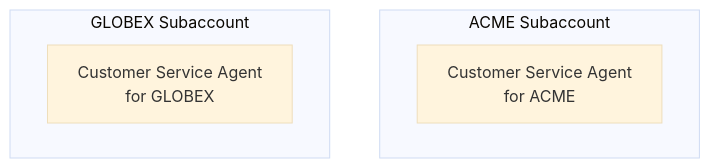
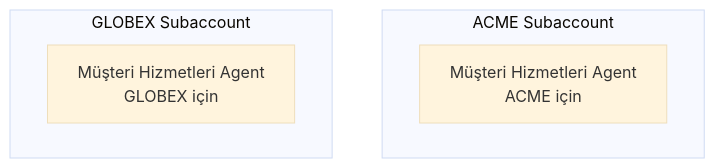
Before and after one commit to beyhanmeyrali/sap-all: the ninth of 11 diagrams in Technical Tutorials/BTP/TR/chapters/12-multi-client-management.md, drawn with Mermaid (base theme). The commit also changed other lines of this file and 11 other files, not shown here.

````diff
--- a/Technical Tutorials/BTP/TR/chapters/12-multi-client-management.md
+++ b/Technical Tutorials/BTP/TR/chapters/12-multi-client-management.md
@@ -367,10 +367,10 @@
 ```mermaid
 graph TD
     subgraph "ACME Subaccount"
-        A1[Customer Service Agent<br/>for ACME]
+        A1[Müşteri Hizmetleri Agent<br/>ACME için]
     end
 
     subgraph "GLOBEX Subaccount"
-        A2[Customer Service Agent<br/>for GLOBEX]
+        A2[Müşteri Hizmetleri Agent<br/>GLOBEX için]
     end
 ```
````
